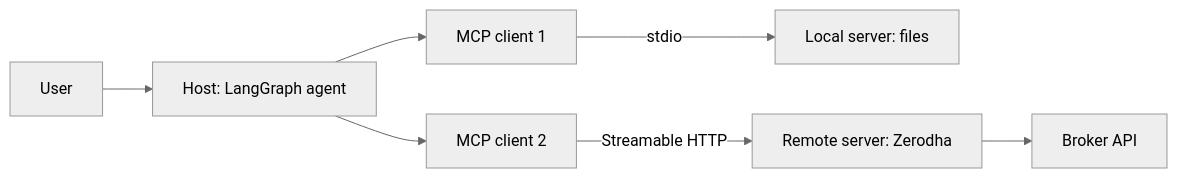
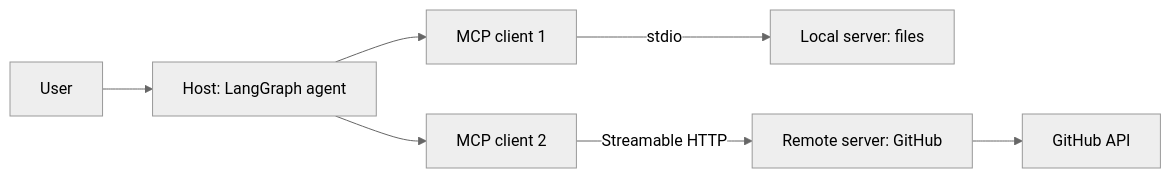
Before and after one commit to flow6979/viewinter: the eighth of 15 diagrams in content/11-agentic/07-tools-mcp-a2a.md, drawn with Mermaid (neutral theme). The commit also changed other lines of this file and 26 other files, not shown here.

First line of the commit message:
Agentic AI: rewrite all 13 pages to explain from scratch; animate diagrams on every article

````diff
--- a/content/11-agentic/07-tools-mcp-a2a.md
+++ b/content/11-agentic/07-tools-mcp-a2a.md
@@ -124,9 +447,9 @@
 ```mermaid
 flowchart LR
     U["User"] --> H["Host: LangGraph agent"]
     H --> C1["MCP client 1"]
     H --> C2["MCP client 2"]
-    C1 -- "stdio" --> S1["Local server: files"]
-    C2 -- "Streamable HTTP" --> S2["Remote server: Zerodha"]
-    S2 --> API["Broker API"]
+    C1 -->|stdio| S1["Local server: files"]
+    C2 -->|Streamable HTTP| S2["Remote server: GitHub"]
+    S2 --> API["GitHub API"]
 ```
````
